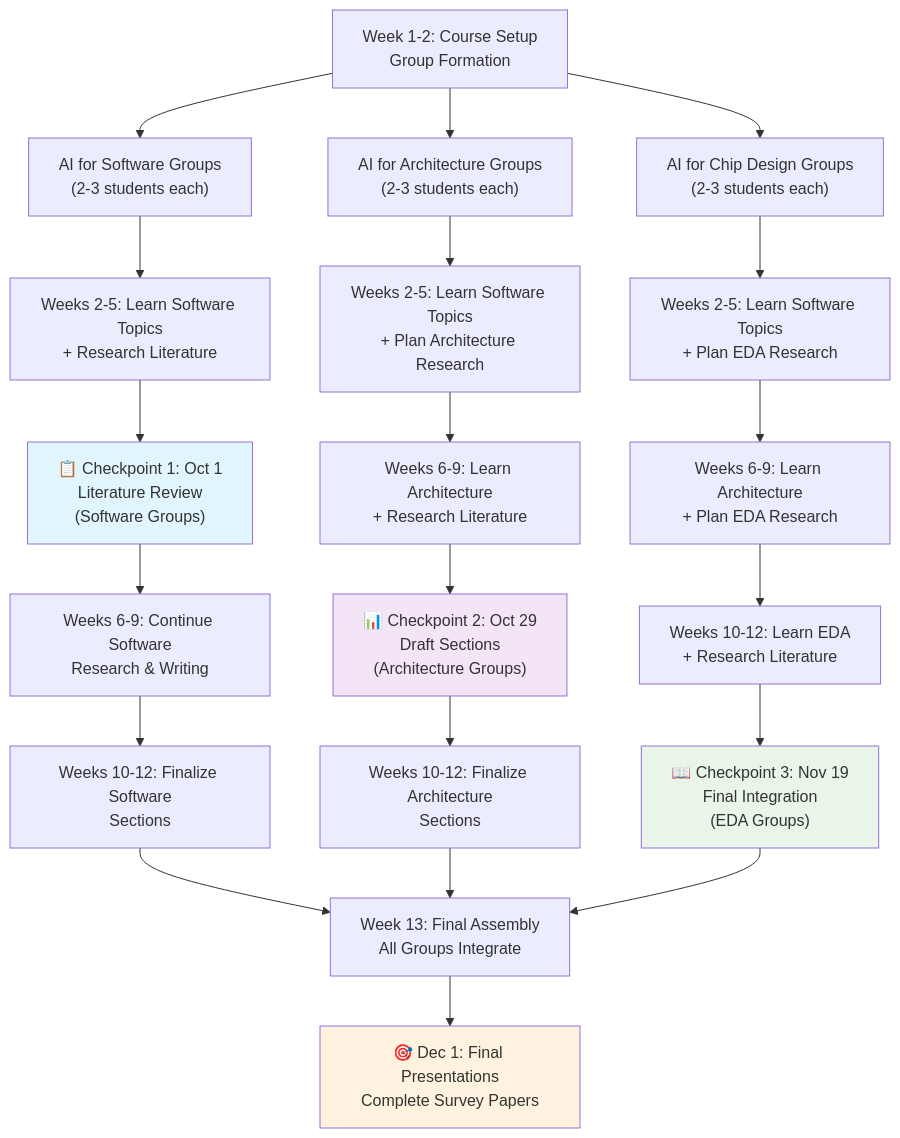
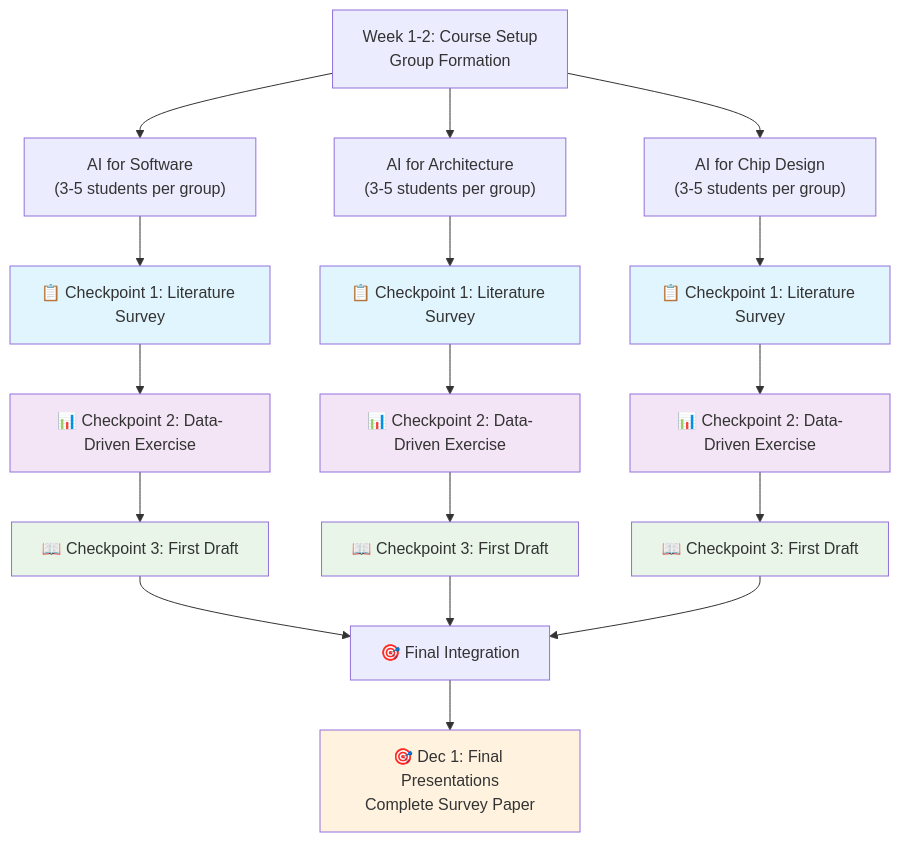
One commit to harvard-edge/cs249r_fall2025 changed the diagram in course/assignments.md. Above: the diagram before and after it, drawn with Mermaid. The commit also changed other lines of this file and 2 other files, not shown here.

First line of the commit message:
Restructure course documentation: merge project.md into assignments.md

```diff
--- a/course/assignments.md
+++ b/course/assignments.md
@@ -86,35 +171,35 @@
 <div class="mermaid">
 flowchart TD
-    A["Week 1-2: Course Setup<br/>Group Formation"] --> B["AI for Software Groups<br/>(2-3 students each)"]
-    A --> C["AI for Architecture Groups<br/>(2-3 students each)"]
-    A --> D["AI for Chip Design Groups<br/>(2-3 students each)"]
+    A["Week 1-2: Course Setup<br/>Group Formation"] --> B["AI for Software<br/>(3-5 students per group)"]
+    A --> C["AI for Architecture<br/>(3-5 students per group)"]
+    A --> D["AI for Chip Design<br/>(3-5 students per group)"]
     
-    B --> E["Weeks 2-5: Learn Software Topics<br/>+ Research Literature"]
-    C --> F["Weeks 2-5: Learn Software Topics<br/>+ Plan Architecture Research"]
-    D --> G["Weeks 2-5: Learn Software Topics<br/>+ Plan EDA Research"]
+    B --> F1["📋 Checkpoint 1: Literature Survey"]
+    C --> F2["📋 Checkpoint 1: Literature Survey"]
+    D --> F3["📋 Checkpoint 1: Literature Survey"]
     
-    E --> H["📋 Checkpoint 1: Oct 1<br/>Literature Review<br/>(Software Groups)"]
+    F1 --> G1["📊 Checkpoint 2: Data-Driven Exercise"]
+    F2 --> G2["📊 Checkpoint 2: Data-Driven Exercise"]
+    F3 --> G3["📊 Checkpoint 2: Data-Driven Exercise"]
     
-    F --> I["Weeks 6-9: Learn Architecture<br/>+ Research Literature"]
-    G --> J["Weeks 6-9: Learn Architecture<br/>+ Plan EDA Research"]
-    H --> K["Weeks 6-9: Continue Software<br/>Research & Writing"]
+    G1 --> H1["📖 Checkpoint 3: First Draft"]
+    G2 --> H2["📖 Checkpoint 3: First Draft"]
+    G3 --> H3["📖 Checkpoint 3: First Draft"]
     
-    I --> L["📊 Checkpoint 2: Oct 29<br/>Draft Sections<br/>(Architecture Groups)"]
+    H1 --> I["🎯 Final Integration"]
+    H2 --> I
+    H3 --> I
     
-    J --> M["Weeks 10-12: Learn EDA<br/>+ Research Literature"]
-    K --> N["Weeks 10-12: Finalize Software<br/>Sections"]
-    L --> O["Weeks 10-12: Finalize Architecture<br/>Sections"]
+    I --> J["🎯 Dec 1: Final Presentations<br/>Complete Survey Paper"]
     
-    M --> P["📖 Checkpoint 3: Nov 19<br/>Final Integration<br/>(EDA Groups)"]
-    
-    N --> Q["Week 13: Final Assembly<br/>All Groups Integrate"]
-    O --> Q
-    P --> Q
-    
-    Q --> R["🎯 Dec 1: Final Presentations<br/>Complete Survey Papers"]
-    
-    style H fill:#e1f5fe
-    style L fill:#f3e5f5
-    style P fill:#e8f5e8
-    style R fill:#fff3e0
+    style F1 fill:#e1f5fe
+    style F2 fill:#e1f5fe
+    style F3 fill:#e1f5fe
+    style G1 fill:#f3e5f5
+    style G2 fill:#f3e5f5
+    style G3 fill:#f3e5f5
+    style H1 fill:#e8f5e8
+    style H2 fill:#e8f5e8
+    style H3 fill:#e8f5e8
+    style J fill:#fff3e0
 </div>
```
